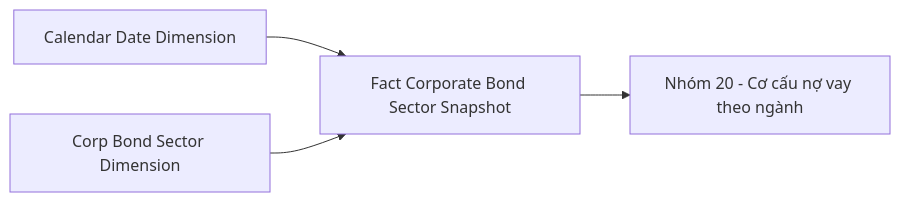
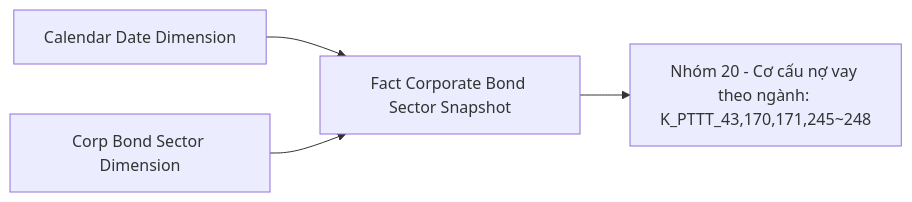
Diagram 53 of 55 in Datamart/hld/DTM_PTTT_HLD.md (linhlvit/ubck_atomic_design), drawn with Mermaid before and after one commit. The commit also changed other lines of this file and 70 other files, not shown here.

````diff
--- a/Datamart/hld/DTM_PTTT_HLD.md
+++ b/Datamart/hld/DTM_PTTT_HLD.md
@@ -2453,10 +2414,10 @@
 ```mermaid
 flowchart LR
     fct_corp_bond_sctr_snpst["Fact Corporate Bond Sector Snapshot"]
     cdr_dt_dim["Calendar Date Dimension"]
     corp_bond_sctr_dim["Corp Bond Sector Dimension"]
-    rpt_nhom20["Nhóm 20 - Cơ cấu nợ vay theo ngành"]
+    rpt_nhom20["Nhóm 20 - Cơ cấu nợ vay theo ngành: K_PTTT_43,170,171,245~248"]
     cdr_dt_dim --> fct_corp_bond_sctr_snpst
     corp_bond_sctr_dim --> fct_corp_bond_sctr_snpst
     fct_corp_bond_sctr_snpst --> rpt_nhom20
 ```
````
